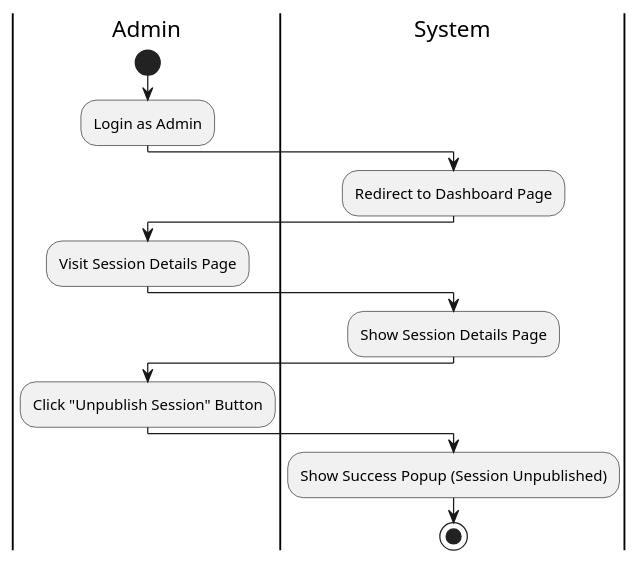
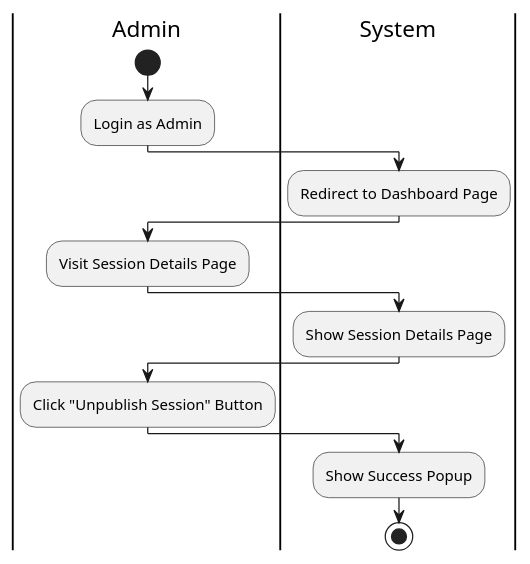
The diagram in 074. Unpublish Session/Activity Diagram.puml (felixpherry/Lecturna-UML), drawn with PlantUML before and after one commit. The commit also changed 66 other files, not shown here.

Commit message:
Fix: Activity Diagrams

```diff
--- a/074. Unpublish Session/Activity Diagram.puml
+++ b/074. Unpublish Session/Activity Diagram.puml
@@ -1,16 +1,16 @@
 @startuml UnpublishSession
 |Admin|
 start
 :Login as Admin;
 |System|
 :Redirect to Dashboard Page;
 |Admin|
 :Visit Session Details Page;
 |System|
 :Show Session Details Page;
 |Admin|
 :Click "Unpublish Session" Button;
 |System|
-:Show Success Popup (Session Unpublished);
+:Show Success Popup;
 stop
 @enduml
```
